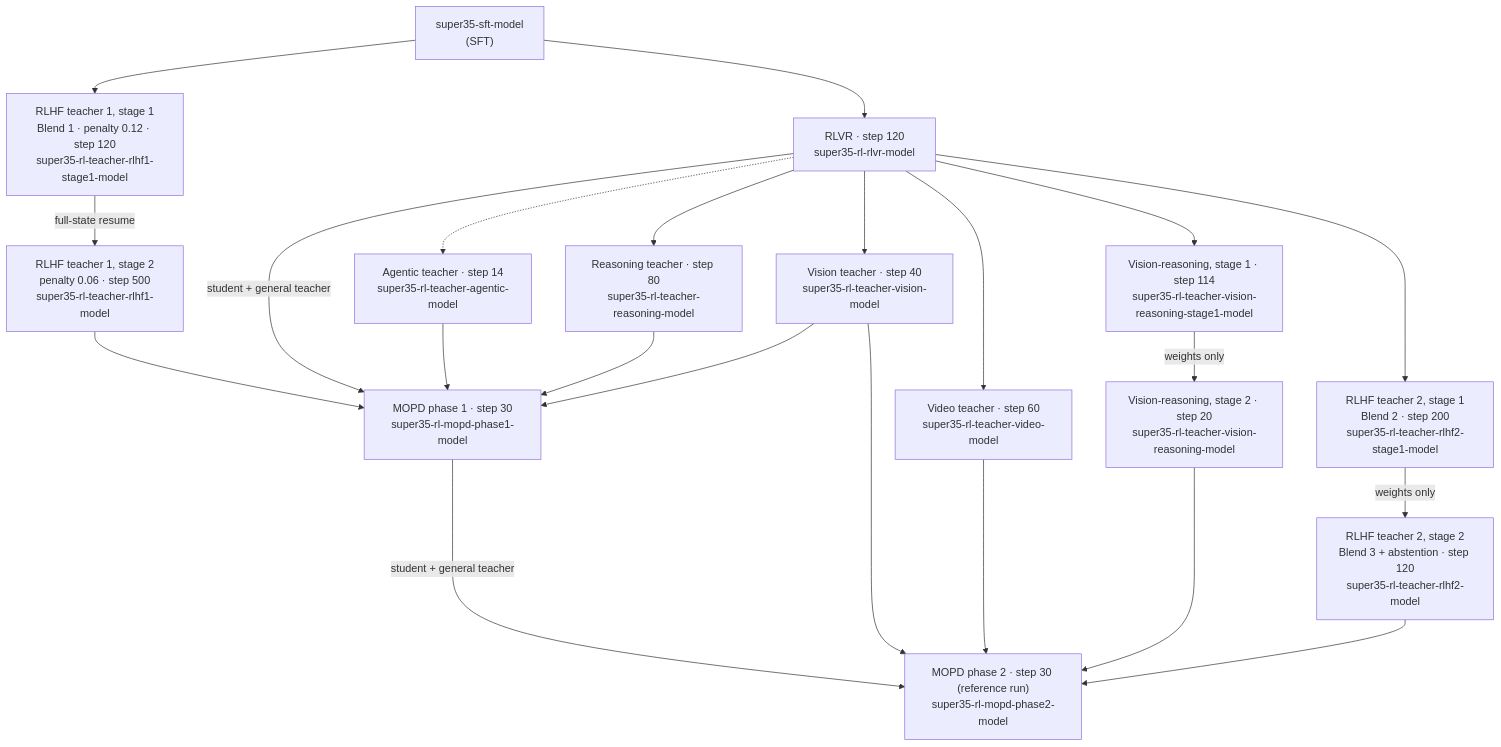
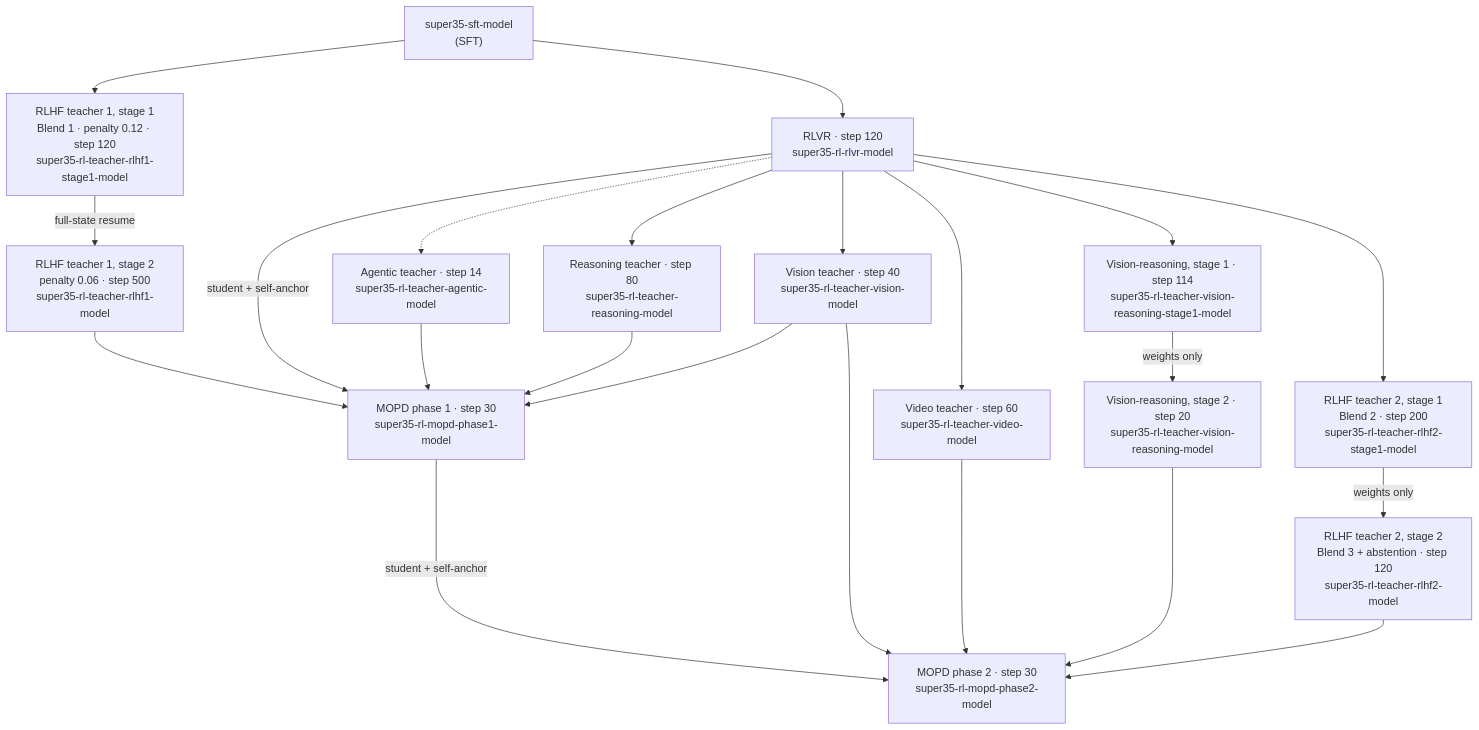
The diagram in src/nemotron/recipes/super35/stage2_rl/README.md (NVIDIA-NeMo/Nemotron), drawn with Mermaid before and after one commit. The commit also changed other lines of this file and 26 other files, not shown here.

````diff
--- a/src/nemotron/recipes/super35/stage2_rl/README.md
+++ b/src/nemotron/recipes/super35/stage2_rl/README.md
@@ -28,26 +30,26 @@
 ```mermaid
 flowchart TD
   SFT["super35-sft-model<br/>(SFT)"] --> H1A["RLHF teacher 1, stage 1<br/>Blend 1 · penalty 0.12 · step 120<br/>super35-rl-teacher-rlhf1-stage1-model"]
   H1A -->|"full-state resume"| H1B["RLHF teacher 1, stage 2<br/>penalty 0.06 · step 500<br/>super35-rl-teacher-rlhf1-model"]
   SFT --> RLVR["RLVR · step 120<br/>super35-rl-rlvr-model"]
   H1B --> M1["MOPD phase 1 · step 30<br/>super35-rl-mopd-phase1-model"]
 
   RLVR -.-> A["Agentic teacher · step 14<br/>super35-rl-teacher-agentic-model"]
   RLVR --> R["Reasoning teacher · step 80<br/>super35-rl-teacher-reasoning-model"]
   RLVR --> VISION["Vision teacher · step 40<br/>super35-rl-teacher-vision-model"]
-  RLVR -->|"student + general teacher"| M1
+  RLVR -->|"student + self-anchor"| M1
   A --> M1
   R --> M1
   VISION --> M1
-  M1 -->|"student + general teacher"| M2["MOPD phase 2 · step 30 (reference run)<br/>super35-rl-mopd-phase2-model"]
+  M1 -->|"student + self-anchor"| M2["MOPD phase 2 · step 30<br/>super35-rl-mopd-phase2-model"]
   VISION --> M2
 
   RLVR --> VIDEO["Video teacher · step 60<br/>super35-rl-teacher-video-model"]
   VIDEO ---> M2
   RLVR --> VR1["Vision-reasoning, stage 1 · step 114<br/>super35-rl-teacher-vision-reasoning-stage1-model"]
   VR1 -->|"weights only"| VR["Vision-reasoning, stage 2 · step 20<br/>super35-rl-teacher-vision-reasoning-model"]
   VR ---> M2
   RLVR --> H2A["RLHF teacher 2, stage 1<br/>Blend 2 · step 200<br/>super35-rl-teacher-rlhf2-stage1-model"]
   H2A -->|"weights only"| H2B["RLHF teacher 2, stage 2<br/>Blend 3 + abstention · step 120<br/>super35-rl-teacher-rlhf2-model"]
   H2B --> M2
 ```
````
